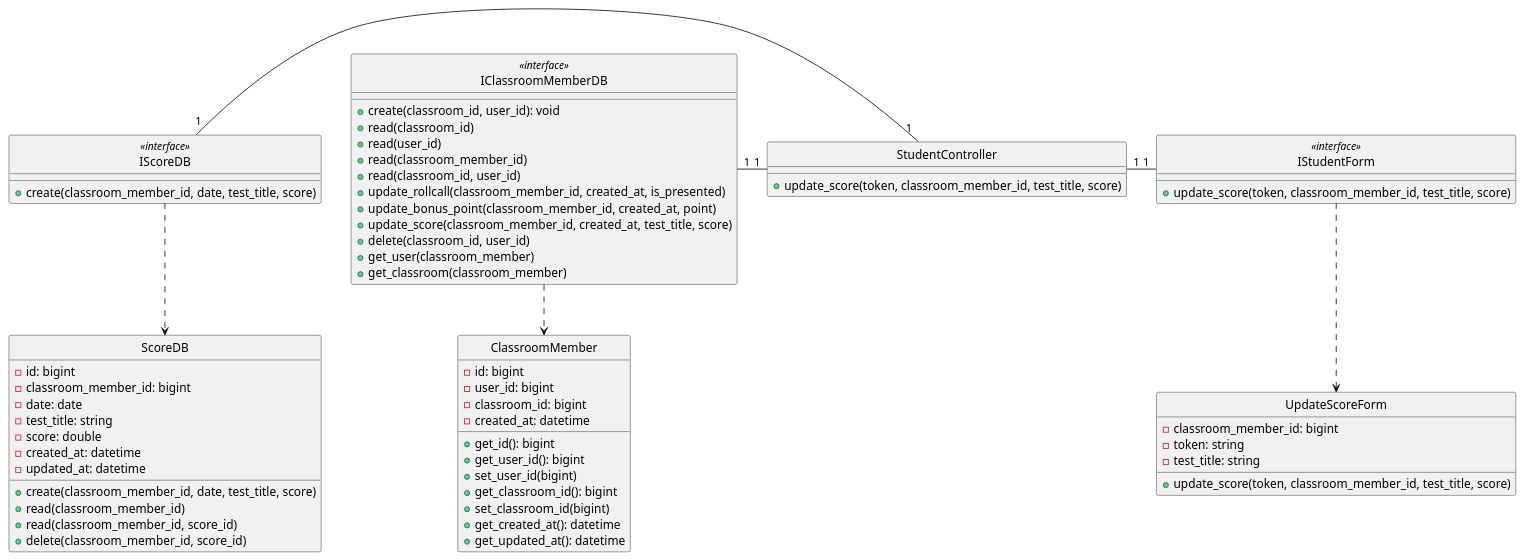
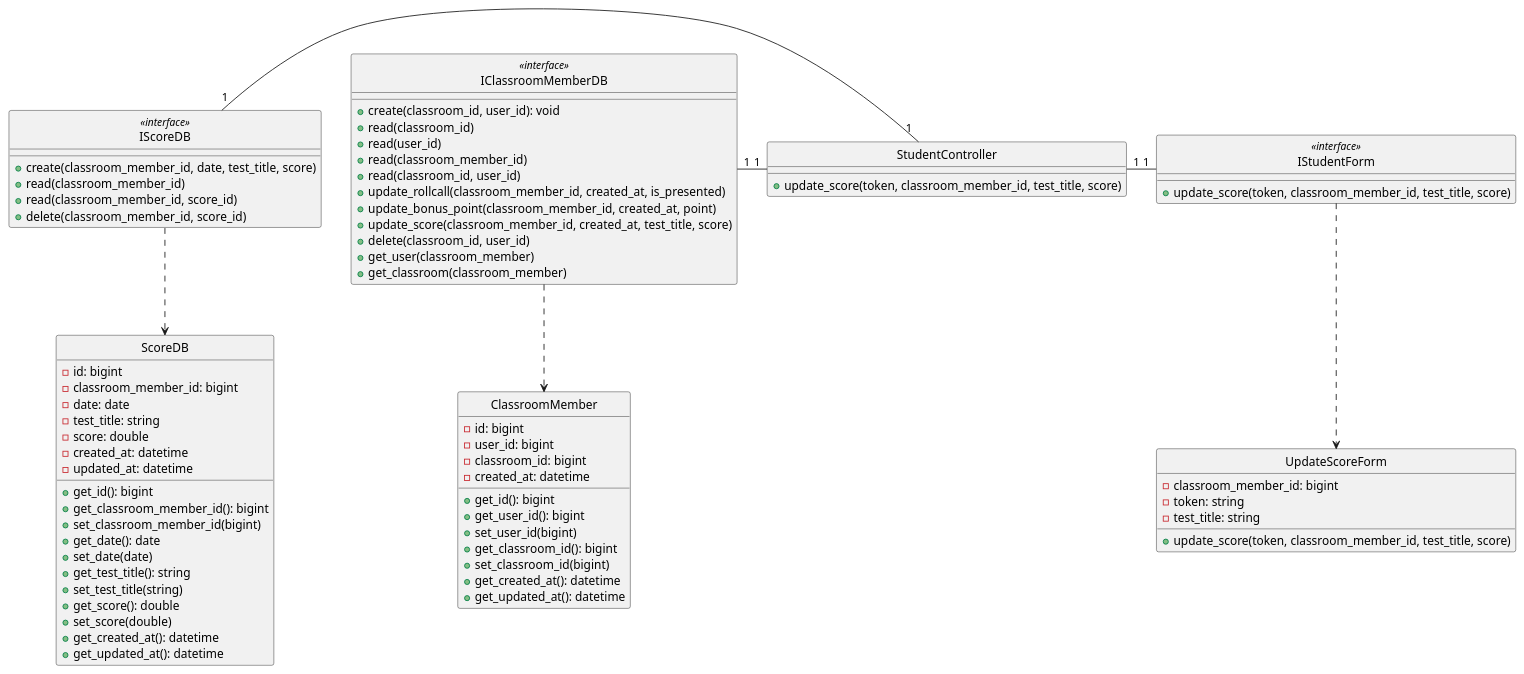
The diagram in class - design/rollcall/updateScore.plantuml (anonyhostvn/OOAD-Diagram), drawn with PlantUML before and after one commit. The commit also changed 2 other files, not shown here.

Commit message:
fix bopoint, rollcall, score

```diff
--- a/class - design/rollcall/updateScore.plantuml
+++ b/class - design/rollcall/updateScore.plantuml
@@ -1,84 +1,93 @@
 @startuml viewStudent
 
 class UpdateScoreForm {
     - classroom_member_id: bigint
     - token: string
     - test_title: string
 
     + update_score(token, classroom_member_id, test_title, score)
 }
 
 class IStudentForm <<interface>> {
     + update_score(token, classroom_member_id, test_title, score)
 }
 
 class StudentController {
     + update_score(token, classroom_member_id, test_title, score)
 }
 
 class ClassroomMember {
     - id: bigint
     - user_id: bigint
     - classroom_id: bigint
     - created_at: datetime
 
     + get_id(): bigint
     + get_user_id(): bigint
     + set_user_id(bigint)
     + get_classroom_id(): bigint
     + set_classroom_id(bigint)
     + get_created_at(): datetime
     + get_updated_at(): datetime
 }
 
 class IClassroomMemberDB <<interface>> {
     + create(classroom_id, user_id): void
     + read(classroom_id)
     + read(user_id)
     + read(classroom_member_id)
     + read(classroom_id, user_id)
     + update_rollcall(classroom_member_id, created_at, is_presented)
     + update_bonus_point(classroom_member_id, created_at, point)
     + update_score(classroom_member_id, created_at, test_title, score)
     + delete(classroom_id, user_id)
     + get_user(classroom_member)
     + get_classroom(classroom_member)
 }
 
 class ScoreDB {
     - id: bigint
     - classroom_member_id: bigint
     - date: date
     - test_title: string
     - score: double
     - created_at: datetime
     - updated_at: datetime
+    + get_id(): bigint
+    + get_classroom_member_id(): bigint
+    + set_classroom_member_id(bigint)
+    + get_date(): date
+    + set_date(date)
+    + get_test_title(): string
+    + set_test_title(string)
+    + get_score(): double
+    + set_score(double)
+    + get_created_at(): datetime
+    + get_updated_at(): datetime
+}
 
+class IScoreDB <<interface>> {
     + create(classroom_member_id, date, test_title, score)
     + read(classroom_member_id)
     + read(classroom_member_id, score_id)
     + delete(classroom_member_id, score_id)
-}
-
-class IScoreDB <<interface>> {
-    + create(classroom_member_id, date, test_title, score)
 }
 
 hide UpdateScoreForm circle
 hide IStudentForm <<interface>> circle
 hide StudentController circle
 hide IClassroomMemberDB <<interface>> circle
 hide ClassroomMember circle
 hide IScoreDB <<interface>> circle
 hide ScoreDB circle
 
 
 IStudentForm .down.> UpdateScoreForm
 IClassroomMemberDB .down.> ClassroomMember
 IScoreDB .down.> ScoreDB
 IStudentForm "1"-left-"1" StudentController
 StudentController "1"-left-"1" IClassroomMemberDB
 StudentController "1"-left-"1" IScoreDB
 
 
 @enduml
```
